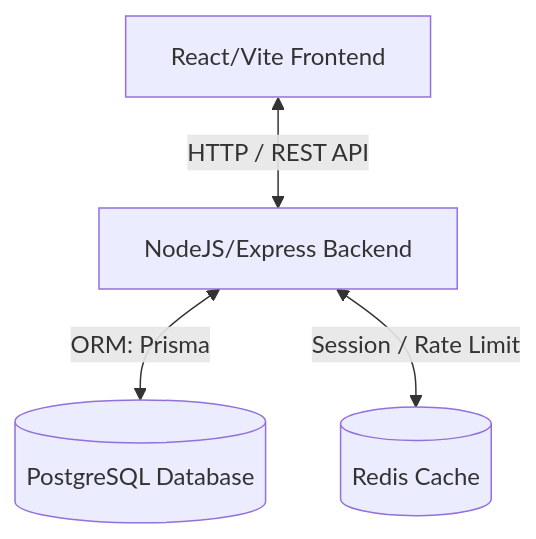
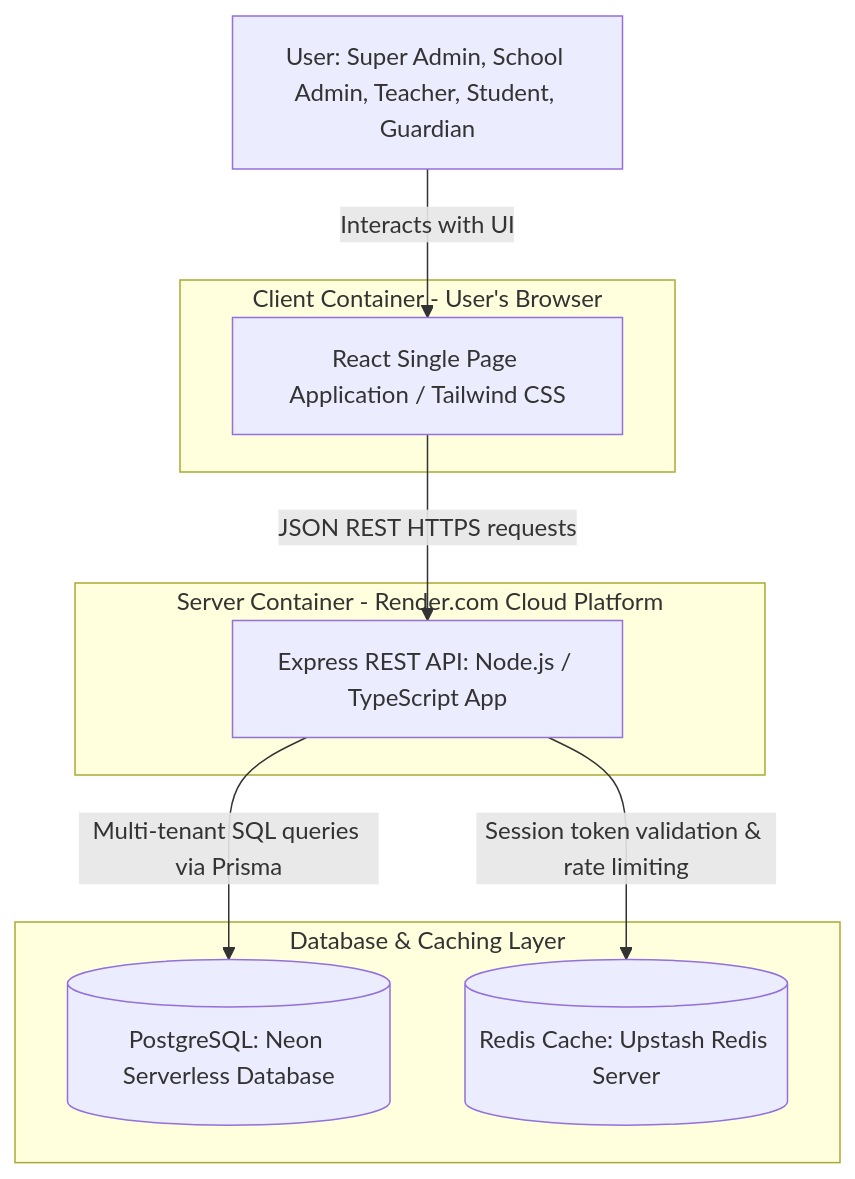
One commit to RafatAiub/PeopleIT-SMS-student-management-system- changed the first of 5 diagrams in README.md. Above: the diagram before and after it, drawn with Mermaid. The commit also changed other lines of this file, not shown here.

Commit message:
docs: add standard system design diagrams (C4, Sequence, ERD, Matrix, State) to README

````diff
--- a/README.md
+++ b/README.md
@@ -13,11 +16,22 @@
 ```mermaid
-graph TD
-    Client[React/Vite Frontend]
-    Server[NodeJS/Express Backend]
-    DB[(PostgreSQL Database)]
-    Cache[(Redis Cache)]
-
-    Client <-->|HTTP / REST API| Server
-    Server <-->|ORM: Prisma| DB
-    Server <-->|Session / Rate Limit| Cache
+flowchart TB
+    user[User: Super Admin, School Admin, Teacher, Student, Guardian]
+    
+    subgraph ClientContainer [Client Container - User's Browser]
+        spa[React Single Page Application / Tailwind CSS]
+    end
+    
+    subgraph ServerContainer [Server Container - Render.com Cloud Platform]
+        api[Express REST API: Node.js / TypeScript App]
+    end
+    
+    subgraph DataStorageContainer [Database & Caching Layer]
+        db[(PostgreSQL: Neon Serverless Database)]
+        redis[(Redis Cache: Upstash Redis Server)]
+    end
+    
+    user -->|Interacts with UI| spa
+    spa -->|JSON REST HTTPS requests| api
+    api -->|Session token validation & rate limiting| redis
+    api -->|Multi-tenant SQL queries via Prisma| db
 ```
````
